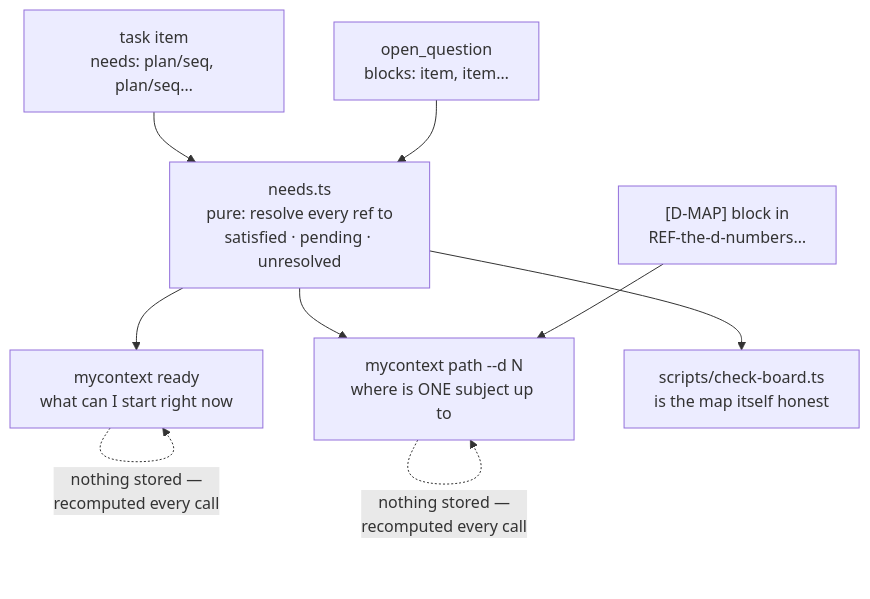
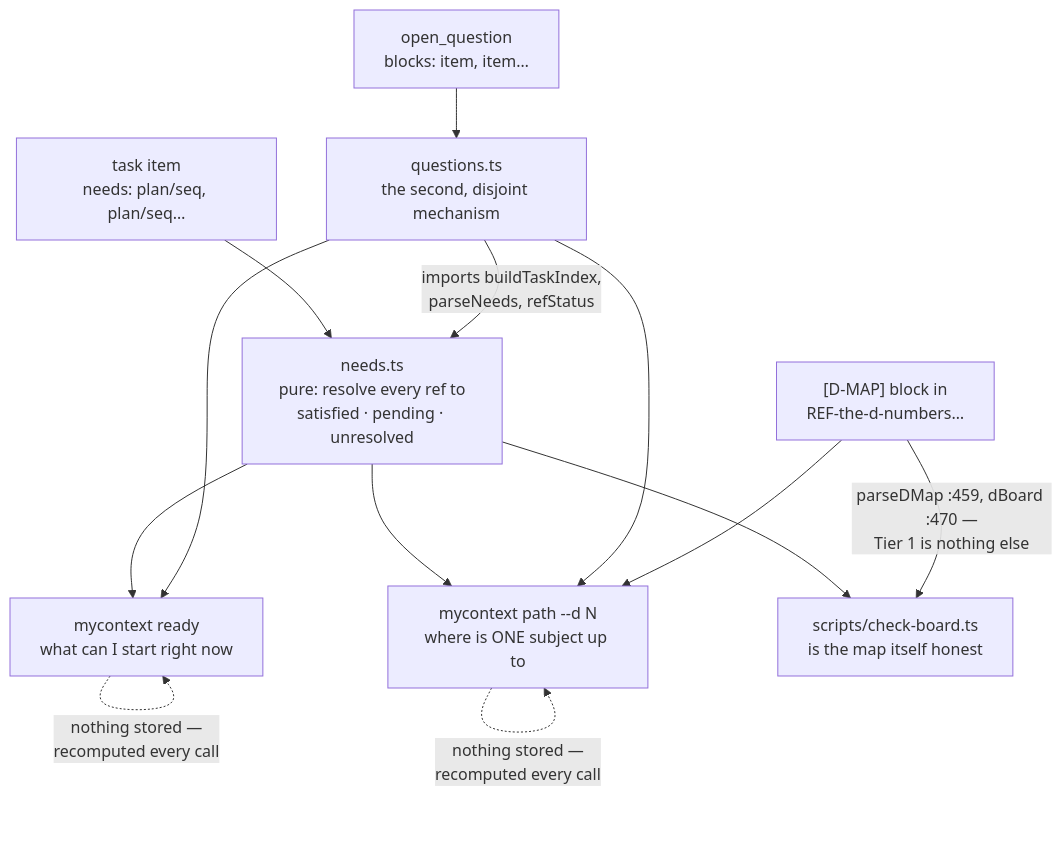
One commit to Dudi-Bar-On/my-context changed the second of 2 diagrams in docs/system/01-the-board.md. Above: the diagram before and after it, drawn with Mermaid. The commit also changed other lines of this file and 7 other files, not shown here.

First line of the commit message:
the verifier's own correction was wrong too, and the diagram it held up as correct carried the error on an edge

````diff
--- a/docs/system/01-the-board.md
+++ b/docs/system/01-the-board.md
@@ -126,11 +137,15 @@
 ```mermaid
 flowchart TB
   T["task item<br/>needs: plan/seq, plan/seq…"] --> N["needs.ts<br/>pure: resolve every ref to<br/>satisfied · pending · unresolved"]
   N --> R["mycontext ready<br/>what can I start right now"]
   N --> P["mycontext path --d N<br/>where is ONE subject up to"]
   N --> D["scripts/check-board.ts<br/>is the map itself honest"]
-  Q["open_question<br/>blocks: item, item…"] --> N
+  Q["open_question<br/>blocks: item, item…"] --> QS["questions.ts<br/>the second, disjoint mechanism"]
+  QS -->|"imports buildTaskIndex,<br/>parseNeeds, refStatus"| N
+  QS --> R
+  QS --> P
   M["[D-MAP] block in<br/>REF-the-d-numbers…"] --> P
+  M -->|"parseDMap :459, dBoard :470 —<br/>Tier 1 is nothing else"| D
   R -.->|"nothing stored —<br/>recomputed every call"| R
   P -.->|"nothing stored —<br/>recomputed every call"| P
 ```
````
